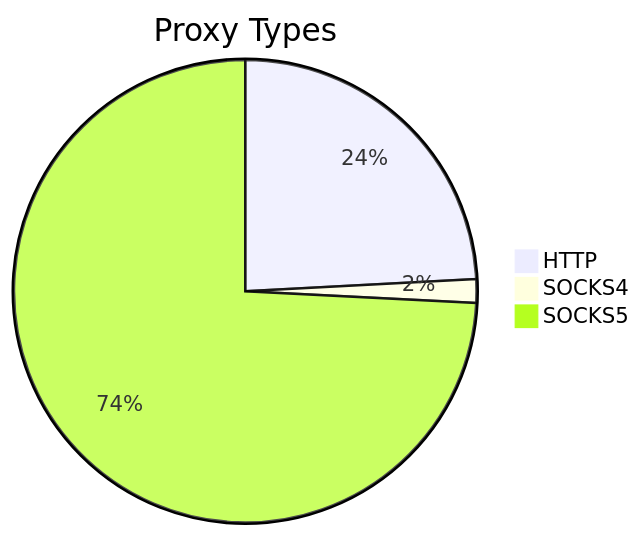
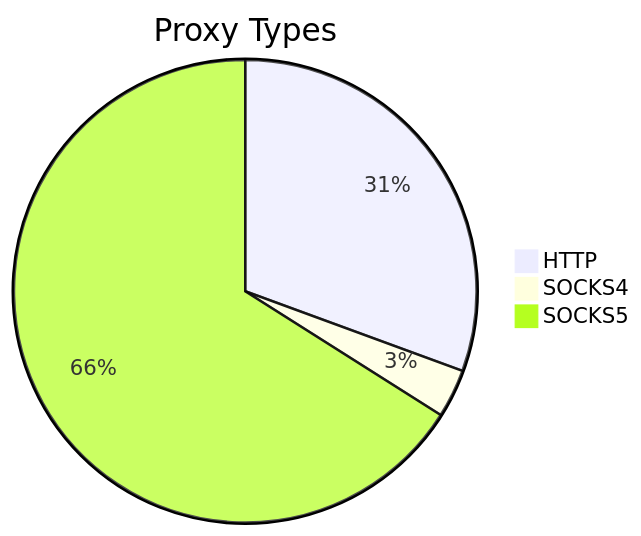
One commit to stormsia/proxy-list changed the first of 2 diagrams in README.md. Above: the diagram before and after it, drawn with Mermaid. The commit also changed other lines of this file, not shown here.

````diff
--- a/README.md
+++ b/README.md
@@ -21,6 +21,6 @@
 ```mermaid
 pie title Proxy Types
-    "HTTP" : 364
-    "SOCKS4" : 25
-    "SOCKS5" : 1118
+    "HTTP" : 550
+    "SOCKS4" : 61
+    "SOCKS5" : 1187
 ```
````
